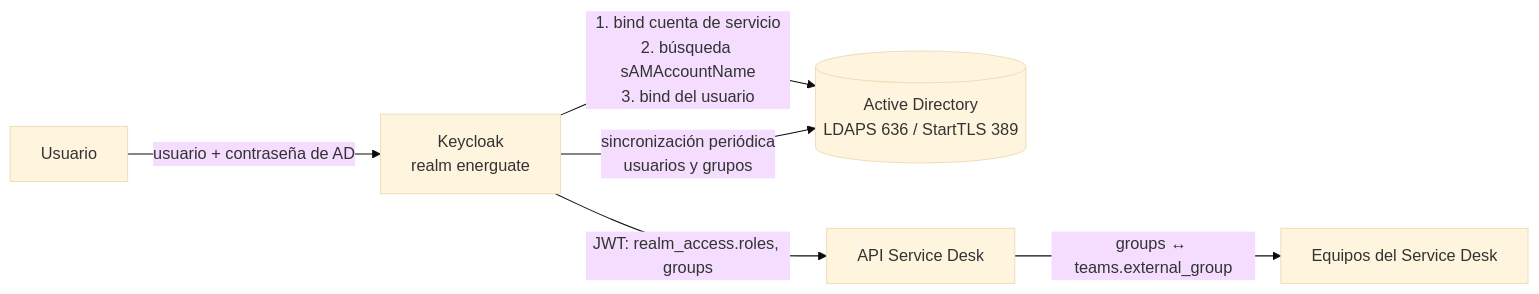
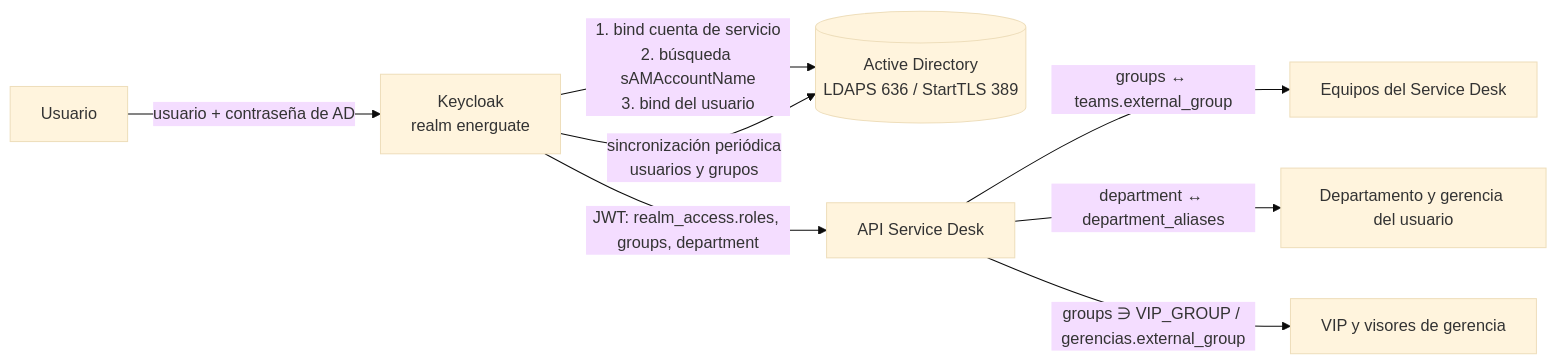
The diagram in docs/AD_INTEGRATION.md (warosc/enerticket), drawn with Mermaid (base theme) before and after one commit. The commit also changed other lines of this file and 106 other files, not shown here.

````diff
--- a/docs/AD_INTEGRATION.md
+++ b/docs/AD_INTEGRATION.md
@@ -8,8 +8,10 @@
 ```mermaid
 flowchart LR
     U[Usuario] -->|usuario + contraseña de AD| KC[Keycloak<br/>realm energuate]
     KC -->|1. bind cuenta de servicio<br/>2. búsqueda sAMAccountName<br/>3. bind del usuario| AD[(Active Directory<br/>LDAPS 636 / StartTLS 389)]
     KC -->|sincronización periódica<br/>usuarios y grupos| AD
-    KC -->|JWT: realm_access.roles, groups| API[API Service Desk]
+    KC -->|JWT: realm_access.roles, groups, department| API[API Service Desk]
     API -->|groups ↔ teams.external_group| EQ[Equipos del Service Desk]
+    API -->|department ↔ department_aliases| DEP[Departamento y gerencia del usuario]
+    API -->|groups ∋ VIP_GROUP / gerencias.external_group| VIP[VIP y visores de gerencia]
 ```
````
